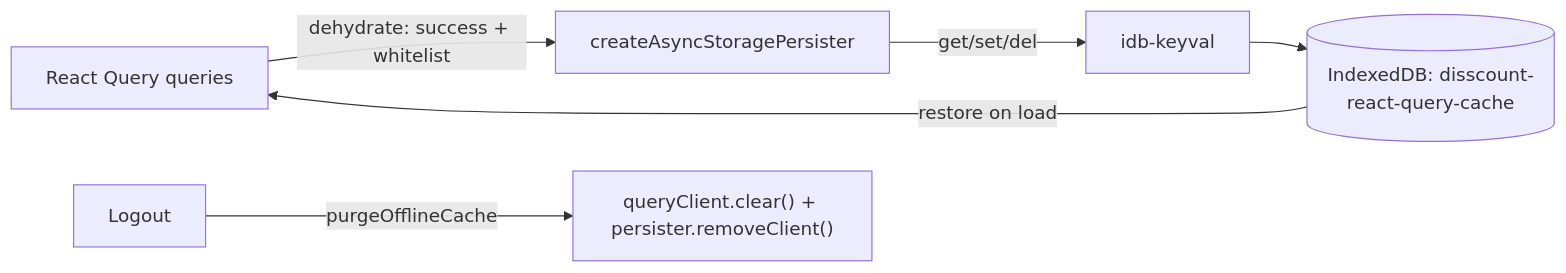
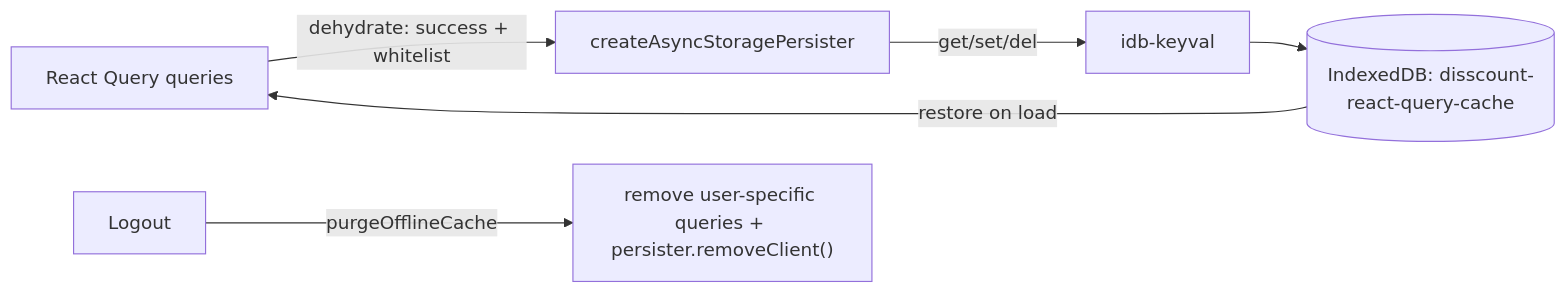
One commit to OffCrazyFreak/Disscount changed the third of 4 diagrams in docs/PWA.md. Above: the diagram before and after it, drawn with Mermaid. The commit also changed other lines of this file and 1 other file, not shown here.

Commit message:
docs: Record the gated-target and logout-purge invariants
Changes:
- Note in AUTH.md that a gated modal target survives credential and OAuth login
- Note that appUrl normalizes the origin and is required by any build
- Correct PWA.md: the purge removes user-specific queries and keeps public cijene

The purge description still described an unscoped clear, and the auth gate
behaviour the fixes established was undocumented.

Notes:
- Review findings #3, #4, #5, #8

````diff
--- a/docs/PWA.md
+++ b/docs/PWA.md
@@ -165,8 +165,8 @@
 ```mermaid
 flowchart LR
     Q["React Query queries"] -->|"dehydrate: success + whitelist"| P["createAsyncStoragePersister"]
     P -->|get/set/del| K["idb-keyval"]
     K --> IDB[("IndexedDB: disscount-react-query-cache")]
     IDB -->|restore on load| Q
-    Logout["Logout"] -->|purgeOfflineCache| Clear["queryClient.clear() + persister.removeClient()"]
+    Logout["Logout"] -->|purgeOfflineCache| Clear["remove user-specific queries + persister.removeClient()"]
 ```
````
